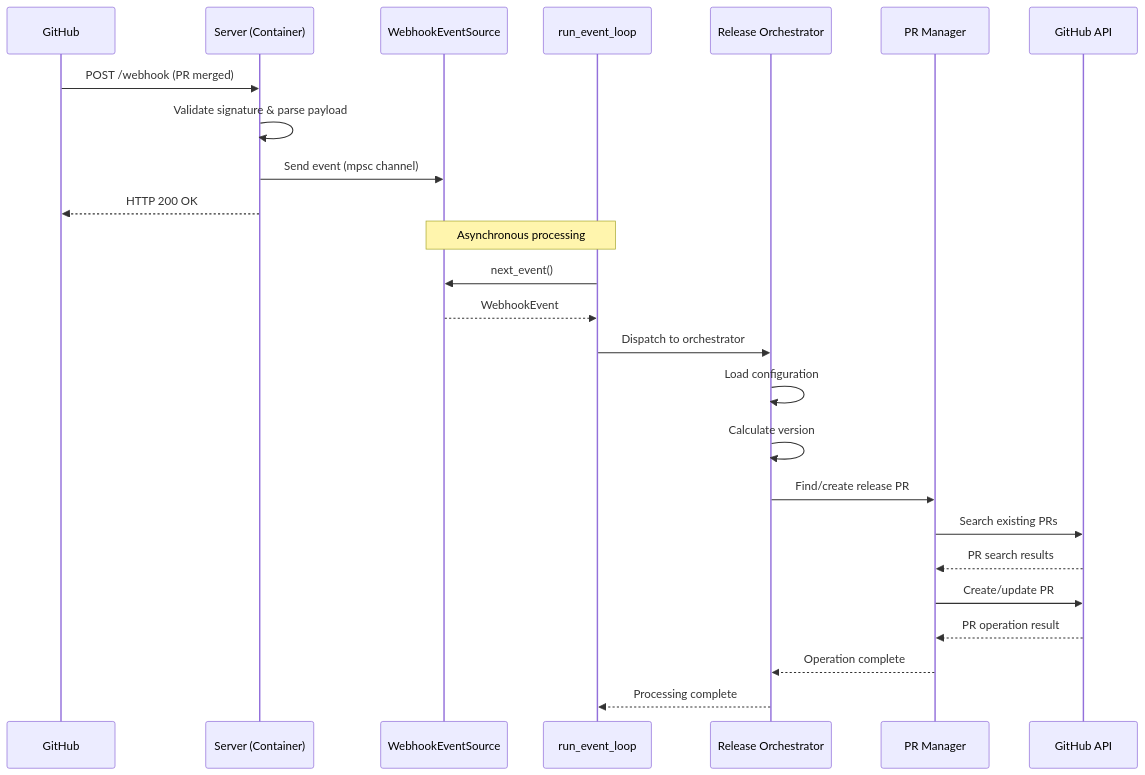
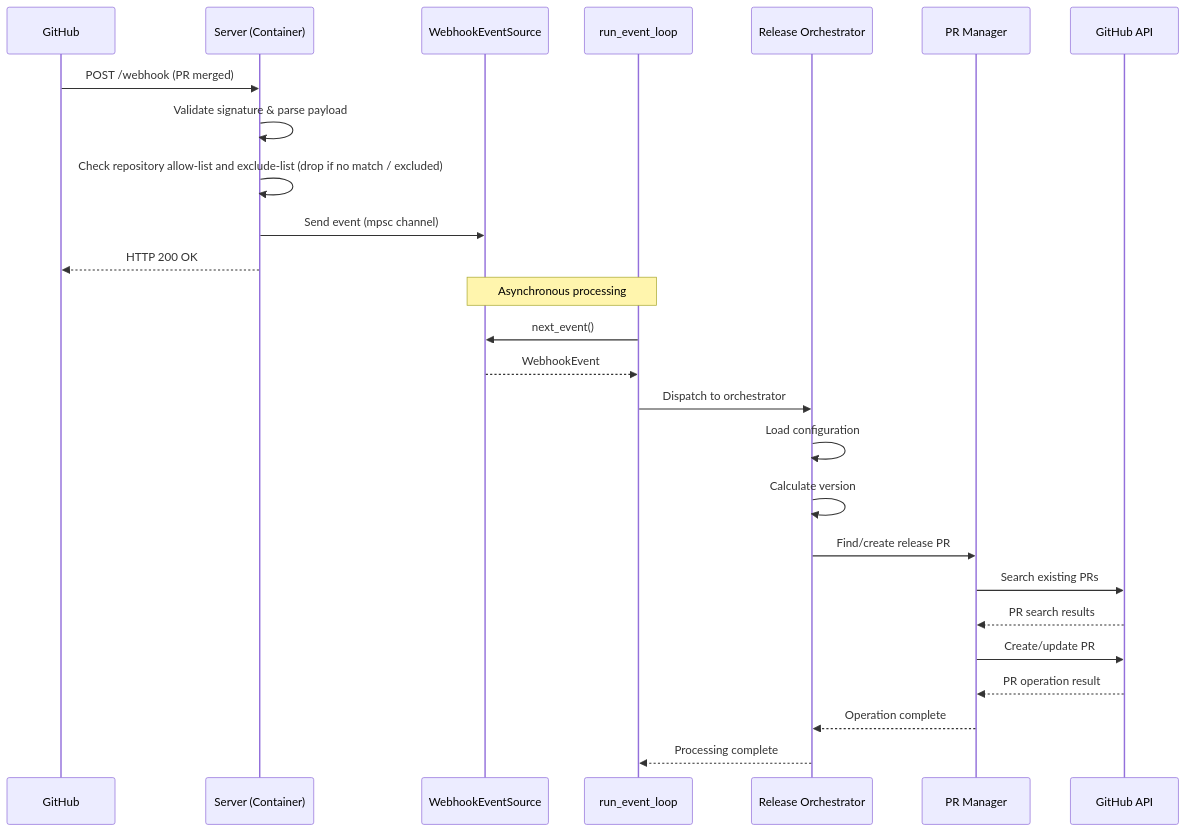
The fourth of 9 diagrams in docs/specs/architecture/overview.md (pvandervelde/release_regent), drawn with Mermaid before and after one commit. The commit also changed other lines of this file and 5 other files, not shown here.

First line of the commit message:
docs(specs): add repository allow-list and exclude-list for large orgs

````diff
--- a/docs/specs/architecture/overview.md
+++ b/docs/specs/architecture/overview.md
@@ -263,28 +296,29 @@
 ```mermaid
 sequenceDiagram
     participant G as GitHub
     participant F as Server (Container)
     participant ES as WebhookEventSource
     participant EL as run_event_loop
     participant R as Release Orchestrator
     participant P as PR Manager
     participant A as GitHub API
 
     G->>F: POST /webhook (PR merged)
     F->>F: Validate signature & parse payload
+    F->>F: Check repository allow-list and exclude-list (drop if no match / excluded)
     F->>ES: Send event (mpsc channel)
     F-->>G: HTTP 200 OK
     Note over ES,EL: Asynchronous processing
     EL->>ES: next_event()
     ES-->>EL: WebhookEvent
     EL->>R: Dispatch to orchestrator
     R->>R: Load configuration
     R->>R: Calculate version
     R->>P: Find/create release PR
     P->>A: Search existing PRs
     A-->>P: PR search results
     P->>A: Create/update PR
     A-->>P: PR operation result
     P-->>R: Operation complete
     R-->>EL: Processing complete
 ```
````
